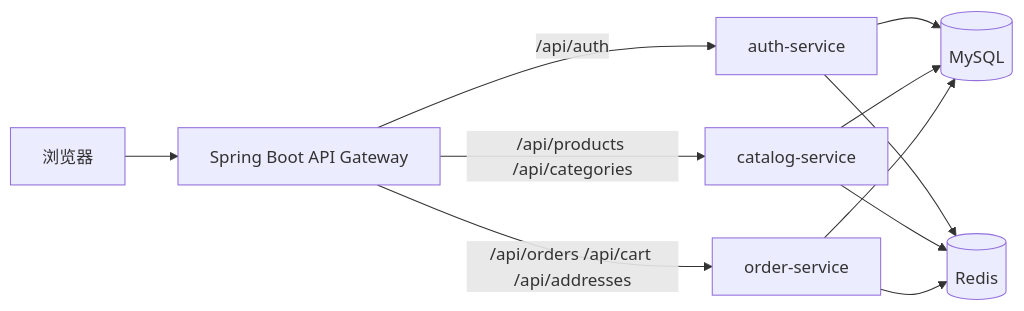
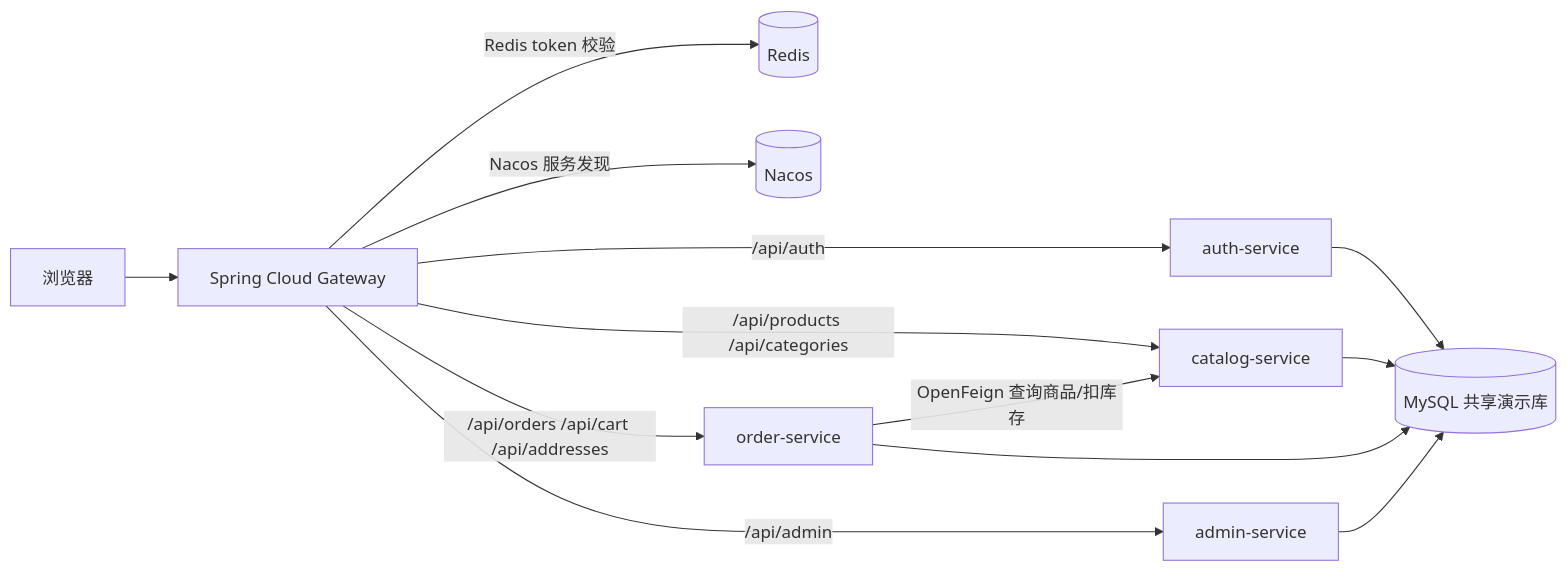
One commit to oohyees/neu-web-ecommerce-coursework changed the second of 5 diagrams in docs/report/实验报告正文.md. Above: the diagram before and after it, drawn with Mermaid. The commit also changed other lines of this file and 4 other files, not shown here.

````diff
--- a/docs/report/实验报告正文.md
+++ b/docs/report/实验报告正文.md
@@ -102,13 +102,15 @@
 ```mermaid
 flowchart LR
-  Browser[浏览器] --> N[Spring Boot API Gateway]
-  N -->|/api/auth| Auth[auth-service]
-  N -->|/api/products /api/categories| Product[catalog-service]
-  N -->|/api/orders /api/cart /api/addresses| Order[order-service]
-  Auth --> DB[(MySQL)]
-  Product --> DB
+  Browser[浏览器] --> G[Spring Cloud Gateway]
+  G -->|Redis token 校验| R[(Redis)]
+  G -->|Nacos 服务发现| Nacos[(Nacos)]
+  G -->|/api/auth| Auth[auth-service]
+  G -->|/api/products /api/categories| Catalog[catalog-service]
+  G -->|/api/orders /api/cart /api/addresses| Order[order-service]
+  G -->|/api/admin| Admin[admin-service]
+  Order -->|OpenFeign 查询商品/扣库存| Catalog
+  Auth --> DB[(MySQL 共享演示库)]
+  Catalog --> DB
   Order --> DB
-  Auth --> R[(Redis)]
-  Product --> R
-  Order --> R
+  Admin --> DB
 ```
````
